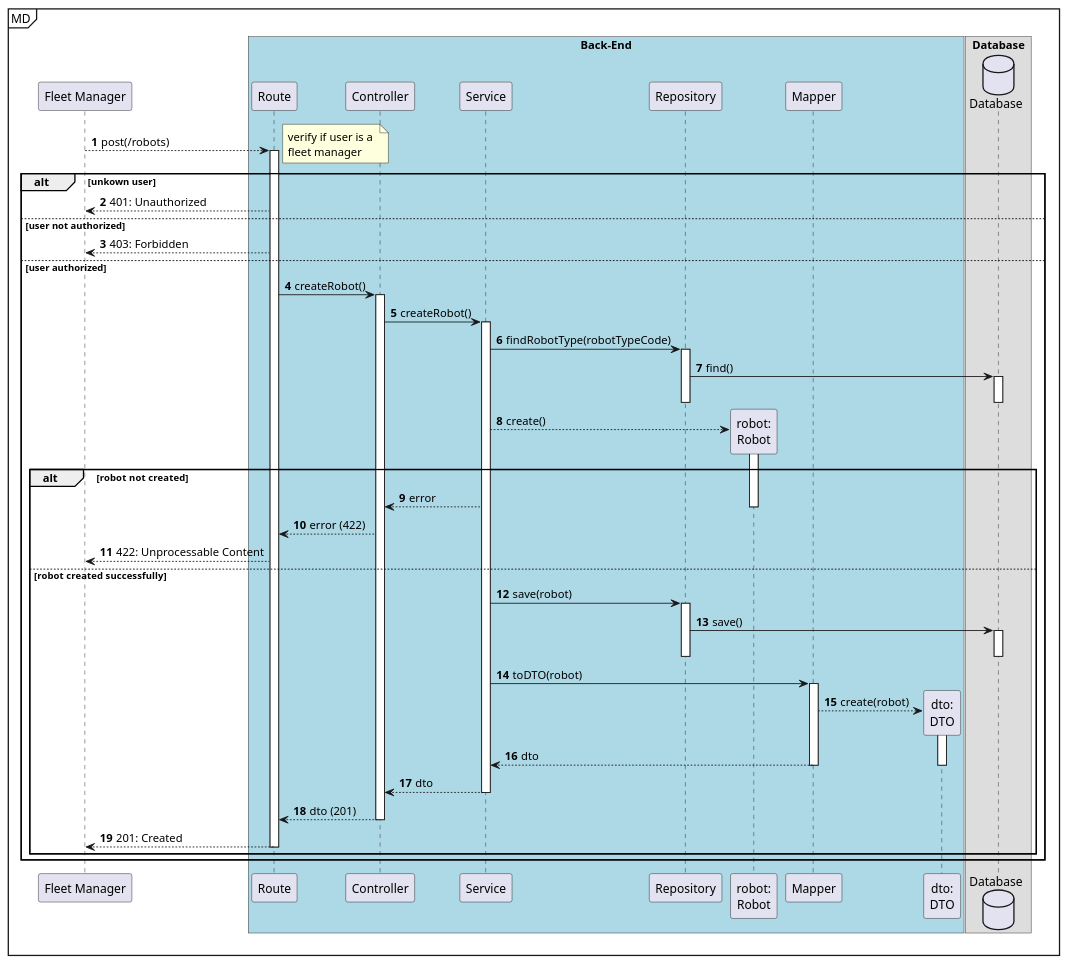
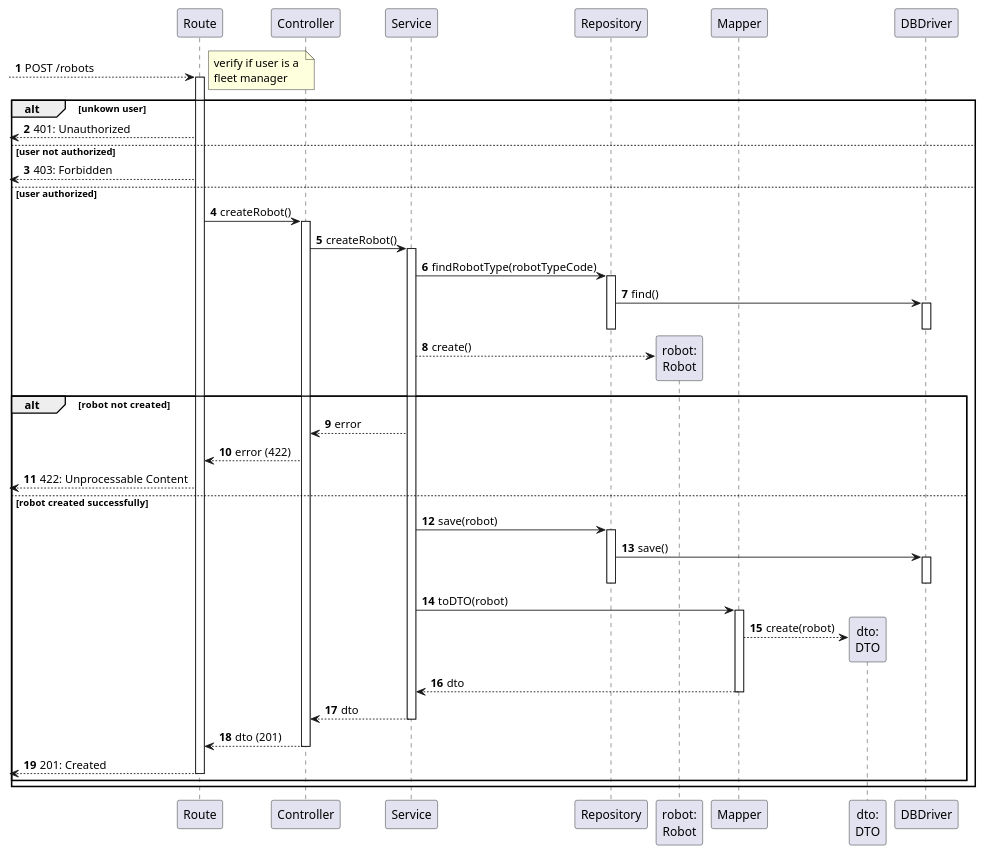
One commit to Departamento-de-Engenharia-Informatica/lapr5-23-24-g19 changed the diagram in docs/us360/level3/process-view.puml. Above: the diagram before and after it, drawn with PlantUML. The commit also changed 5 other files, not shown here.

```diff
--- a/docs/us360/level3/process-view.puml
+++ b/docs/us360/level3/process-view.puml
@@ -1,77 +1,72 @@
 @startuml
 autonumber
-
-participant "Fleet Manager" as ui
-mainframe MD
-box "Back-End" #LightBlue
 
 participant "Route" as r
 participant "Controller" as ctrl
 participant "Service" as svc
 participant "Repository" as repo
 
 participant "robot:\nRobot" as b
 participant "Mapper" as map
 participant "dto:\nDTO" as dto
-end box
-box "Database"
-    database "Database" as db
-end box
 
-ui --> r : post(/robots)
+participant "DBDriver" as db
+
+[--> r : POST /robots
 activate r
     note right : verify if user is a \nfleet manager
     alt unkown user
-        r --> ui : 401: Unauthorized
+        [<-- r : 401: Unauthorized
     else user not authorized
-        r --> ui : 403: Forbidden
+        [<-- r : 403: Forbidden
     else user authorized
 
     r -> ctrl : createRobot()
     activate ctrl
         ctrl -> svc : createRobot()
         activate svc
             svc -> repo : findRobotType(robotTypeCode)
             activate repo
                 repo -> db : find()
                 activate db
                 deactivate db
             deactivate repo
 
             svc --> b ** : create()
-            activate b
+            ' activate b
+            ' deactivate b
 
             alt robot  not created
                 svc --> ctrl : error
-                deactivate b
                 ctrl --> r : error (422)
-                r --> ui : 422: Unprocessable Content
+                [<-- r : 422: Unprocessable Content
             else robot  created successfully
             svc -> repo : save(robot)
             activate repo
                 repo -> db : save()
                 activate db
                 deactivate db
             deactivate repo
 
             svc -> map : toDTO(robot)
             activate map
                 map --> dto **: create(robot)
-                activate dto
+
+                ' activate dto
+                ' deactivate dto
 
                 map --> svc : dto
-                deactivate dto
             deactivate map
 
             svc --> ctrl : dto
         deactivate svc
 
         ctrl --> r : dto (201)
     deactivate ctrl
-    r --> ui: 201: Created
+    [<-- r: 201: Created
 deactivate r
 
 end
 end
 
 @enduml
```
